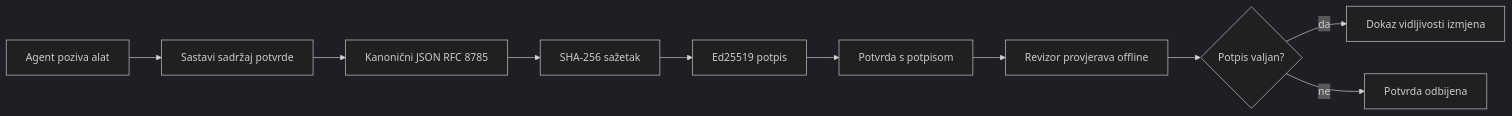
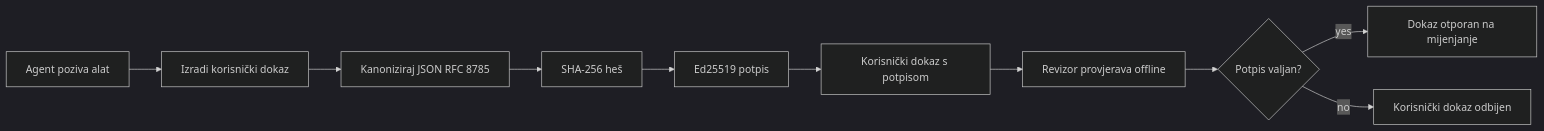
Before and after one commit to microsoft/ai-agents-for-beginners: the first of 2 diagrams in translations/hr/18-securing-ai-agents/README.md, drawn with Mermaid (dark theme). The commit also changed other lines of this file and 223 other files, not shown here.

````diff
--- a/translations/hr/18-securing-ai-agents/README.md
+++ b/translations/hr/18-securing-ai-agents/README.md
@@ -51,12 +51,12 @@
 ```mermaid
 flowchart LR
-    A[Agent poziva alat] --> B[Sastavi sadržaj potvrde]
-    B --> C[Kanonični JSON RFC 8785]
-    C --> D[SHA-256 sažetak]
+    A[Agent poziva alat] --> B[Izradi korisnički dokaz]
+    B --> C[Kanoniziraj JSON RFC 8785]
+    C --> D[SHA-256 heš]
     D --> E[Ed25519 potpis]
-    E --> F[Potvrda s potpisom]
+    E --> F[Korisnički dokaz s potpisom]
     F --> G[Revizor provjerava offline]
     G --> H{Potpis valjan?}
-    H -- da --> I[Dokaz vidljivosti izmjena]
-    H -- ne --> J[Potvrda odbijena]
+    H -- yes --> I[Dokaz otporan na mijenjanje]
+    H -- no --> J[Korisnički dokaz odbijen]
 ```
````
